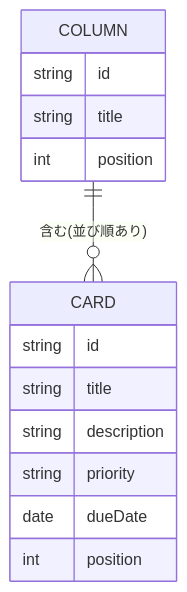
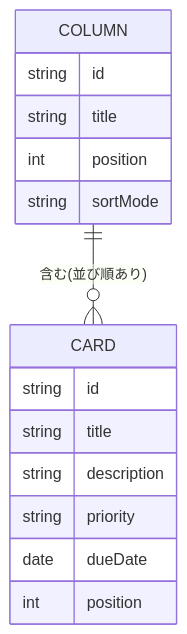
One commit to hmasu158648/TASKMANAGEMENT changed the first of 3 diagrams in docs/requirements/data-concept.md. Above: the diagram before and after it, drawn with Mermaid. The commit also changed other lines of this file and 7 other files, not shown here.

````diff
--- a/docs/requirements/data-concept.md
+++ b/docs/requirements/data-concept.md
@@ -17,17 +17,18 @@
 ```mermaid
 erDiagram
     COLUMN ||--o{ CARD : "含む(並び順あり)"
     COLUMN {
         string id
         string title
         int position
+        string sortMode
     }
     CARD {
         string id
         string title
         string description
         string priority
         date dueDate
         int position
     }
 ```
````
